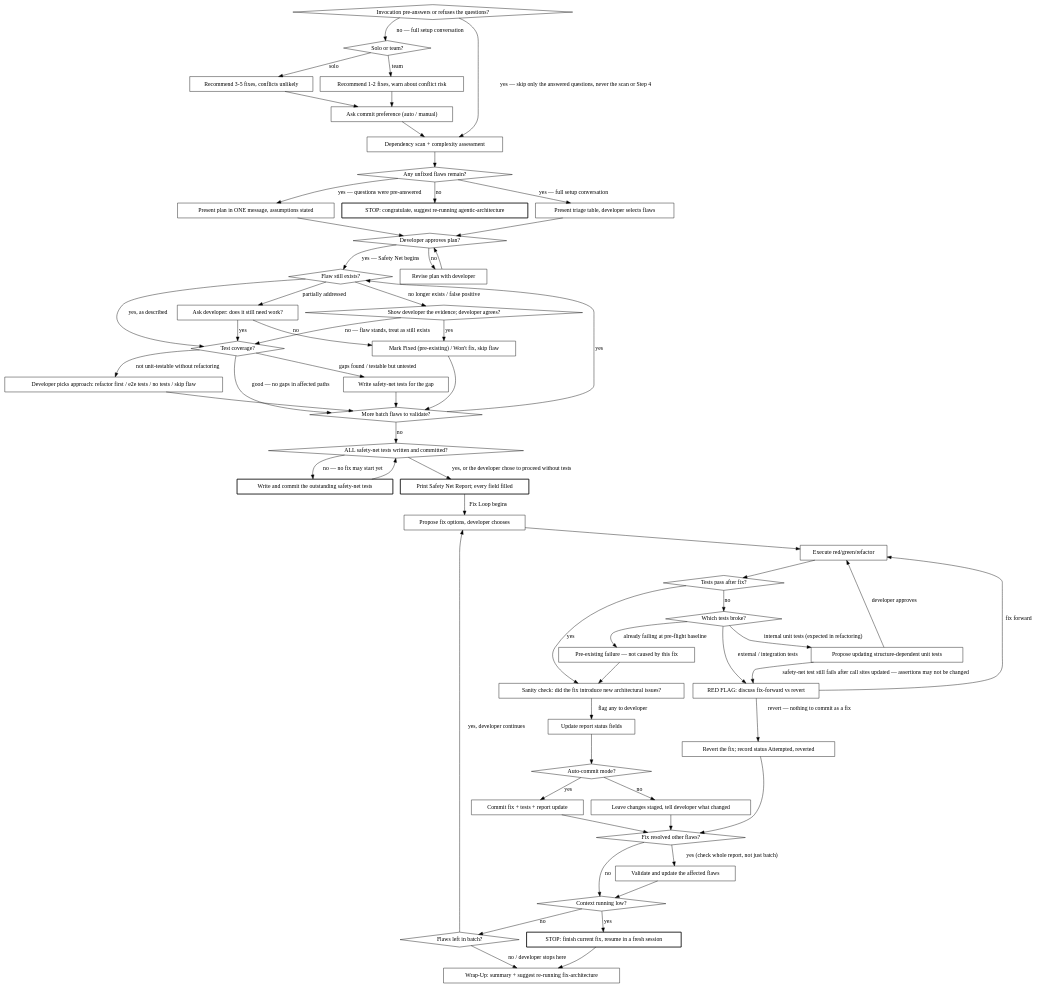
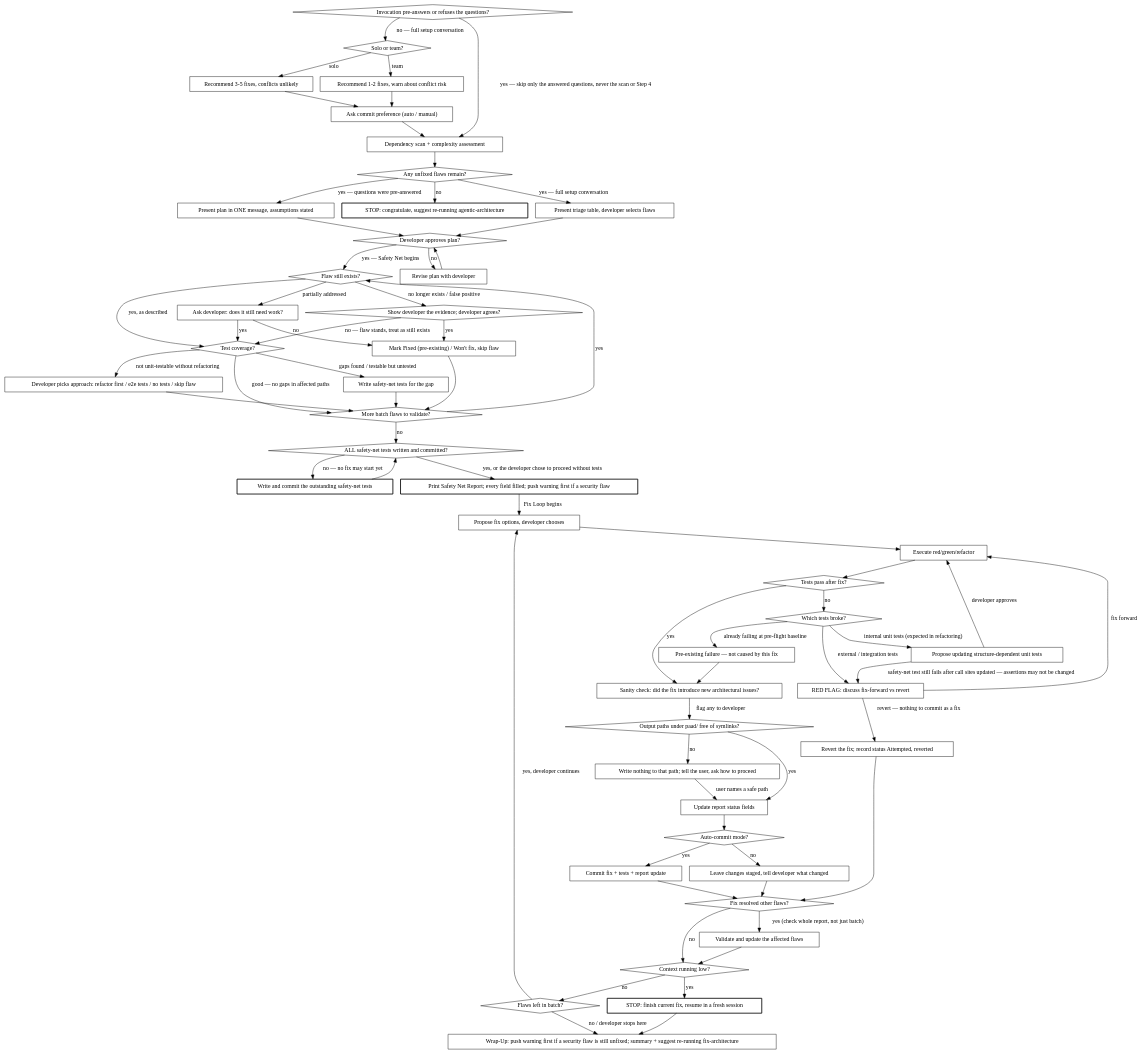
The second of 2 diagrams in plugins/paad/skills/fix-architecture/SKILL.md (Ovid/paad), drawn with Graphviz before and after one commit. The commit also changed other lines of this file and 51 other files, not shown here.

````diff
--- a/plugins/paad/skills/fix-architecture/SKILL.md
+++ b/plugins/paad/skills/fix-architecture/SKILL.md
@@ -98,7 +100,7 @@
   "Write safety-net tests for the gap" [shape=box];
   "Developer picks approach: refactor first / e2e tests / no tests / skip flaw" [shape=box];
   "Write and commit the outstanding safety-net tests" [shape=box, style=bold];
-  "Print Safety Net Report; every field filled" [shape=box, style=bold];
+  "Print Safety Net Report; every field filled; push warning first if a security flaw" [shape=box, style=bold];
   "Revert the fix; record status Attempted, reverted" [shape=box];
 
   "Propose fix options, developer chooses" [shape=box];
@@ -107,12 +109,14 @@
   "Propose updating structure-dependent unit tests" [shape=box];
   "RED FLAG: discuss fix-forward vs revert" [shape=box];
   "Sanity check: did the fix introduce new architectural issues?" [shape=box];
+  "Output paths under paad/ free of symlinks?" [shape=diamond];
+  "Write nothing to that path; tell the user, ask how to proceed" [shape=box];
   "Update report status fields" [shape=box];
   "Commit fix + tests + report update" [shape=box];
   "Leave changes staged, tell developer what changed" [shape=box];
   "Validate and update the affected flaws" [shape=box];
   "STOP: finish current fix, resume in a fresh session" [shape=box, style=bold];
-  "Wrap-Up: summary + suggest re-running fix-architecture" [shape=box];
+  "Wrap-Up: push warning first if a security flaw is still unfixed; summary + suggest re-running fix-architecture" [shape=box];
 
   "Invocation pre-answers or refuses the questions?" -> "Solo or team?" [label="no — full setup conversation"];
   "Invocation pre-answers or refuses the questions?" -> "Dependency scan + complexity assessment" [label="yes — skip only the answered questions, never the scan or Step 4"];
@@ -150,8 +154,8 @@
 
   "ALL safety-net tests written and committed?" -> "Write and commit the outstanding safety-net tests" [label="no — no fix may start yet"];
   "Write and commit the outstanding safety-net tests" -> "ALL safety-net tests written and committed?";
-  "ALL safety-net tests written and committed?" -> "Print Safety Net Report; every field filled" [label="yes, or the developer chose to proceed without tests"];
-  "Print Safety Net Report; every field filled" -> "Propose fix options, developer chooses" [label="Fix Loop begins"];
+  "ALL safety-net tests written and committed?" -> "Print Safety Net Report; every field filled; push warning first if a security flaw" [label="yes, or the developer chose to proceed without tests"];
+  "Print Safety Net Report; every field filled; push warning first if a security flaw" -> "Propose fix options, developer chooses" [label="Fix Loop begins"];
 
   "Propose fix options, developer chooses" -> "Execute red/green/refactor";
   "Execute red/green/refactor" -> "Tests pass after fix?";
@@ -167,7 +171,7 @@
   "RED FLAG: discuss fix-forward vs revert" -> "Revert the fix; record status Attempted, reverted" [label="revert — nothing to commit as a fix"];
   "Revert the fix; record status Attempted, reverted" -> "Fix resolved other flaws?";
 
-  "Sanity check: did the fix introduce new architectural issues?" -> "Update report status fields" [label="flag any to developer"];
+  "Sanity check: did the fix introduce new architectural issues?" -> "Output paths under paad/ free of symlinks?" [label="flag any to developer"];
   "Update report status fields" -> "Auto-commit mode?";
   "Auto-commit mode?" -> "Commit fix + tests + report update" [label="yes"];
   "Auto-commit mode?" -> "Leave changes staged, tell developer what changed" [label="no"];
@@ -180,7 +184,10 @@
   "Context running low?" -> "STOP: finish current fix, resume in a fresh session" [label="yes"];
   "Context running low?" -> "Flaws left in batch?" [label="no"];
   "Flaws left in batch?" -> "Propose fix options, developer chooses" [label="yes, developer continues"];
-  "Flaws left in batch?" -> "Wrap-Up: summary + suggest re-running fix-architecture" [label="no / developer stops here"];
-  "STOP: finish current fix, resume in a fresh session" -> "Wrap-Up: summary + suggest re-running fix-architecture";
+  "Flaws left in batch?" -> "Wrap-Up: push warning first if a security flaw is still unfixed; summary + suggest re-running fix-architecture" [label="no / developer stops here"];
+  "STOP: finish current fix, resume in a fresh session" -> "Wrap-Up: push warning first if a security flaw is still unfixed; summary + suggest re-running fix-architecture";
+  "Output paths under paad/ free of symlinks?" -> "Update report status fields" [label="yes"];
+  "Output paths under paad/ free of symlinks?" -> "Write nothing to that path; tell the user, ask how to proceed" [label="no"];
+  "Write nothing to that path; tell the user, ask how to proceed" -> "Update report status fields" [label="user names a safe path"];
 }
 ```
````
